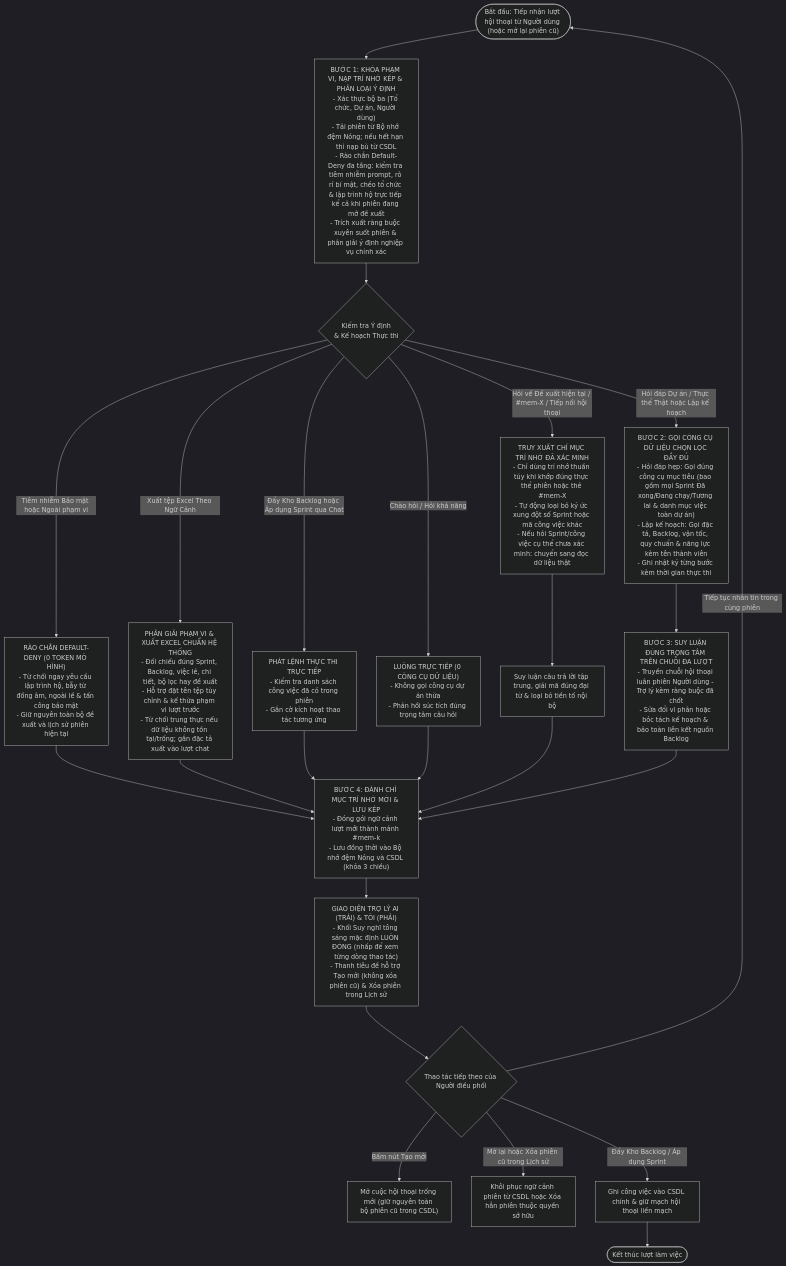
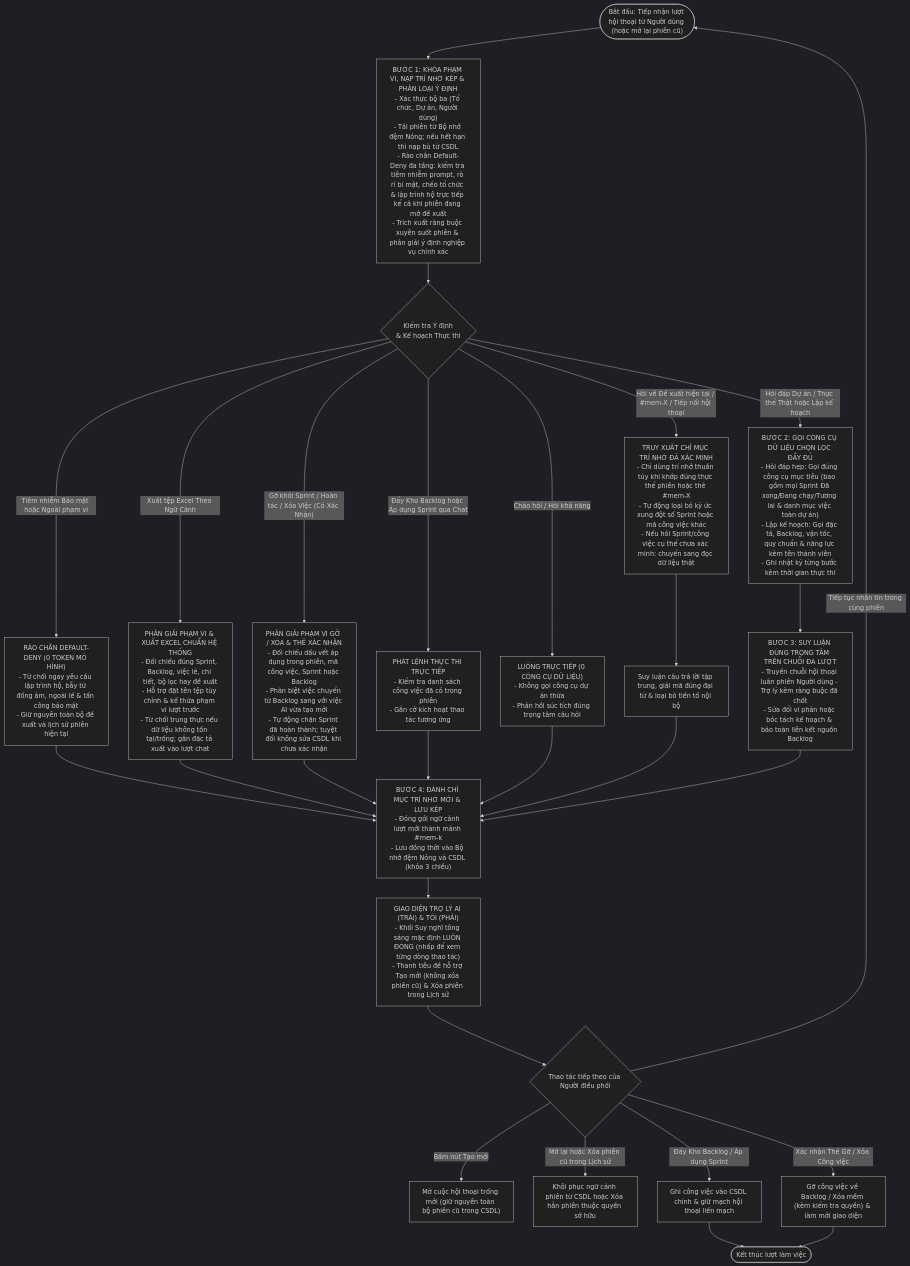
One commit to TranHoang2k40525/ProjectMgmt changed the second of 2 diagrams in docs/ai/02-so-do-tuan-tu-va-hoat-dong.md. Above: the diagram before and after it, drawn with Mermaid (dark theme). The commit also changed other lines of this file and 19 other files, not shown here.

Commit message:
feat(ai): bổ sung luồng gỡ công việc khỏi sprint và xóa công việc có thẻ xác nhận bắt buộc qua trợ lý ai

````diff
--- a/docs/ai/02-so-do-tuan-tu-va-hoat-dong.md
+++ b/docs/ai/02-so-do-tuan-tu-va-hoat-dong.md
@@ -137,38 +159,43 @@
 ```mermaid
 flowchart TD
     Start(["Bắt đầu: Tiếp nhận lượt hội thoại từ Người dùng (hoặc mở lại phiên cũ)"]) --> Step1["BƯỚC 1: KHÓA PHẠM VI, NẠP TRÍ NHỚ KÉP & PHÂN LOẠI Ý ĐỊNH\n- Xác thực bộ ba (Tổ chức, Dự án, Người dùng)\n- Tải phiên từ Bộ nhớ đệm Nóng; nếu hết hạn thì nạp bù từ CSDL\n- Rào chắn Default-Deny đa tầng: kiểm tra tiêm nhiễm prompt, rò rỉ bí mật, chéo tổ chức & lập trình hộ trực tiếp kể cả khi phiên đang mở đề xuất\n- Trích xuất ràng buộc xuyên suốt phiên & phân giải ý định nghiệp vụ chính xác"]
 
     Step1 --> GuardIntent{"Kiểm tra Ý định\n& Kế hoạch Thực thi"}
 
     GuardIntent -- "Tiêm nhiễm Bảo mật hoặc Ngoài phạm vi" --> RefuseOut["RÀO CHẮN DEFAULT-DENY (0 TOKEN MÔ HÌNH)\n- Từ chối ngay yêu cầu lập trình hộ, bẫy từ đồng âm, ngoài lề & tấn công bảo mật\n- Giữ nguyên toàn bộ đề xuất và lịch sử phiên hiện tại"]
     RefuseOut --> SaveDual
 
     GuardIntent -- "Xuất tệp Excel Theo Ngữ Cảnh" --> ExportExcel["PHÂN GIẢI PHẠM VI & XUẤT EXCEL CHUẨN HỆ THỐNG\n- Đối chiếu đúng Sprint, Backlog, việc lẻ, chi tiết, bộ lọc hay đề xuất\n- Hỗ trợ đặt tên tệp tùy chỉnh & kế thừa phạm vi lượt trước\n- Từ chối trung thực nếu dữ liệu không tồn tại/trống; gắn đặc tả xuất vào lượt chat"]
     ExportExcel --> SaveDual
+
+    GuardIntent -- "Gỡ khỏi Sprint / Hoàn tác / Xóa Việc (Có Xác Nhận)" --> RemoveTasks["PHÂN GIẢI PHẠM VI GỠ / XÓA & THẺ XÁC NHẬN\n- Đối chiếu dấu vết áp dụng trong phiên, mã công việc, Sprint hoặc Backlog\n- Phân biệt việc chuyển từ Backlog sang với việc AI vừa tạo mới\n- Tự động chặn Sprint đã hoàn thành; tuyệt đối không sửa CSDL khi chưa xác nhận"]
+    RemoveTasks --> SaveDual
 
     GuardIntent -- "Đẩy Kho Backlog hoặc Áp dụng Sprint qua Chat" --> AutoTrigger["PHÁT LỆNH THỰC THI TRỰC TIẾP\n- Kiểm tra danh sách công việc đã có trong phiên\n- Gắn cờ kích hoạt thao tác tương ứng"]
     AutoTrigger --> SaveDual
 
     GuardIntent -- "Chào hỏi / Hỏi khả năng" --> ZeroMcp["LUỒNG TRỰC TIẾP (0 CÔNG CỤ DỮ LIỆU)\n- Không gọi công cụ dự án thừa\n- Phản hồi súc tích đúng trọng tâm câu hỏi"]
     ZeroMcp --> SaveDual
 
     GuardIntent -- "Hỏi về Đề xuất hiện tại / #mem-X / Tiếp nối hội thoại" --> RecallOnly["TRUY XUẤT CHỈ MỤC TRÍ NHỚ ĐÃ XÁC MINH\n- Chỉ dùng trí nhớ thuần túy khi khớp đúng thực thể phiên hoặc thẻ #mem-X\n- Tự động loại bỏ ký ức xung đột số Sprint hoặc mã công việc khác\n- Nếu hỏi Sprint/công việc cụ thể chưa xác minh: chuyển sang đọc dữ liệu thật"]
     RecallOnly --> Step4Focus["Suy luận câu trả lời tập trung, giải mã đúng đại từ & loại bỏ tiền tố nội bộ"]
     Step4Focus --> SaveDual
 
     GuardIntent -- "Hỏi đáp Dự án / Thực thể Thật hoặc Lập kế hoạch" --> Step2["BƯỚC 2: GỌI CÔNG CỤ DỮ LIỆU CHỌN LỌC ĐẦY ĐỦ\n- Hỏi đáp hẹp: Gọi đúng công cụ mục tiêu (bao gồm mọi Sprint Đã xong/Đang chạy/Tương lai & danh mục việc toàn dự án)\n- Lập kế hoạch: Gọi đặc tả, Backlog, vận tốc, quy chuẩn & năng lực kèm tên thành viên\n- Ghi nhật ký từng bước kèm thời gian thực thi"]
 
     Step2 --> Step4["BƯỚC 3: SUY LUẬN ĐÚNG TRỌNG TÂM TRÊN CHUỖI ĐA LƯỢT\n- Truyền chuỗi hội thoại luân phiên Người dùng - Trợ lý kèm ràng buộc đã chốt\n- Sửa đổi vi phân hoặc bóc tách kế hoạch & bảo toàn liên kết nguồn Backlog"]
 
     Step4 --> SaveDual["BƯỚC 4: ĐÁNH CHỈ MỤC TRÍ NHỚ MỚI & LƯU KÉP\n- Đóng gói ngữ cảnh lượt mới thành mảnh #mem-k\n- Lưu đồng thời vào Bộ nhớ đệm Nóng và CSDL (khóa 3 chiều)"]
 
     SaveDual --> DisplayUI["GIAO DIỆN TRỢ LÝ AI (TRÁI) & TÔI (PHẢI)\n- Khối Suy nghĩ tông sáng mặc định LUÔN ĐÓNG (nhấp để xem từng dòng thao tác)\n- Thanh tiêu đề hỗ trợ Tạo mới (không xóa phiên cũ) & Xóa phiên trong Lịch sử"]
 
     DisplayUI --> UserAction{"Thao tác tiếp theo của Người điều phối"}
 
     UserAction -- "Tiếp tục nhắn tin trong cùng phiên" --> Start
     UserAction -- "Bấm nút Tạo mới" --> NewBlank["Mở cuộc hội thoại trống mới (giữ nguyên toàn bộ phiên cũ trong CSDL)"]
     UserAction -- "Mở lại hoặc Xóa phiên cũ trong Lịch sử" --> ManageHist["Khôi phục ngữ cảnh phiên từ CSDL hoặc Xóa hẳn phiên thuộc quyền sở hữu"]
     UserAction -- "Đẩy Kho Backlog / Áp dụng Sprint" --> CommitDB["Ghi công việc vào CSDL chính & giữ mạch hội thoại liền mạch"]
+    UserAction -- "Xác nhận Thẻ Gỡ / Xóa Công việc" --> ExecuteRemove["Gỡ công việc về Backlog / Xóa mềm (kèm kiểm tra quyền) & làm mới giao diện"]
     CommitDB --> Finish(["Kết thúc lượt làm việc"])
+    ExecuteRemove --> Finish
 ```
````
